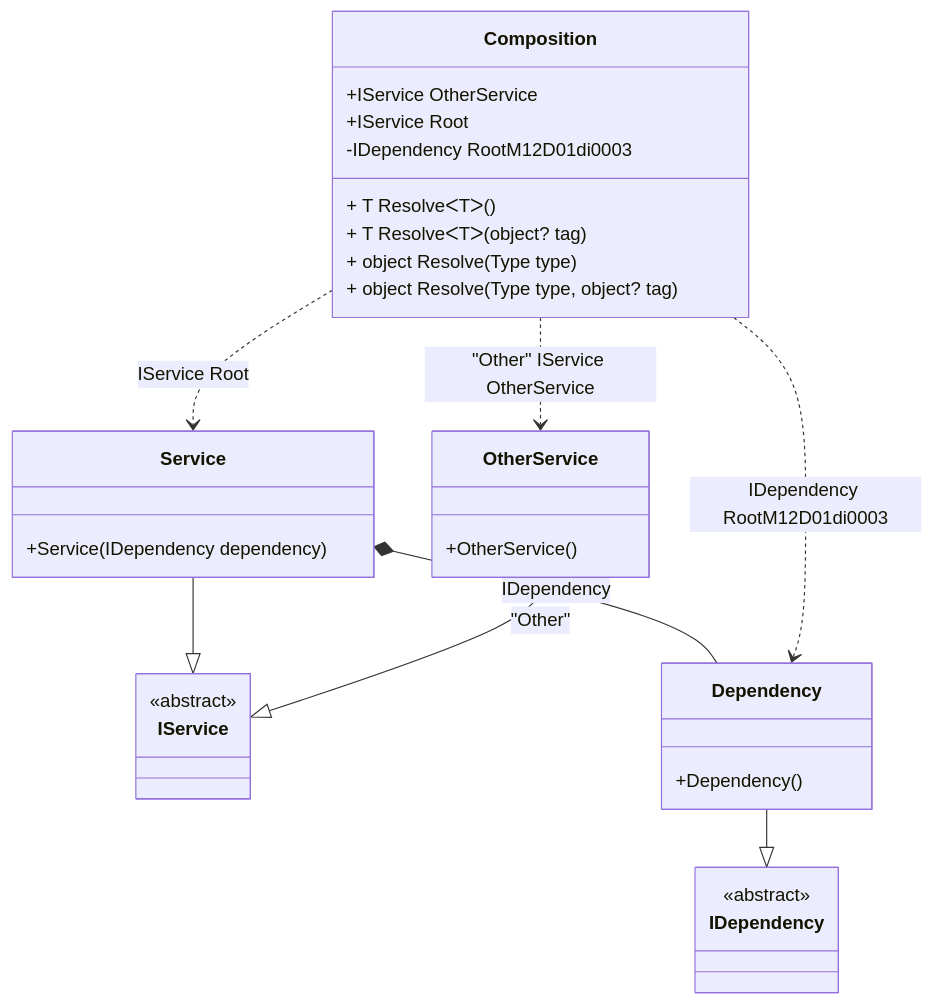
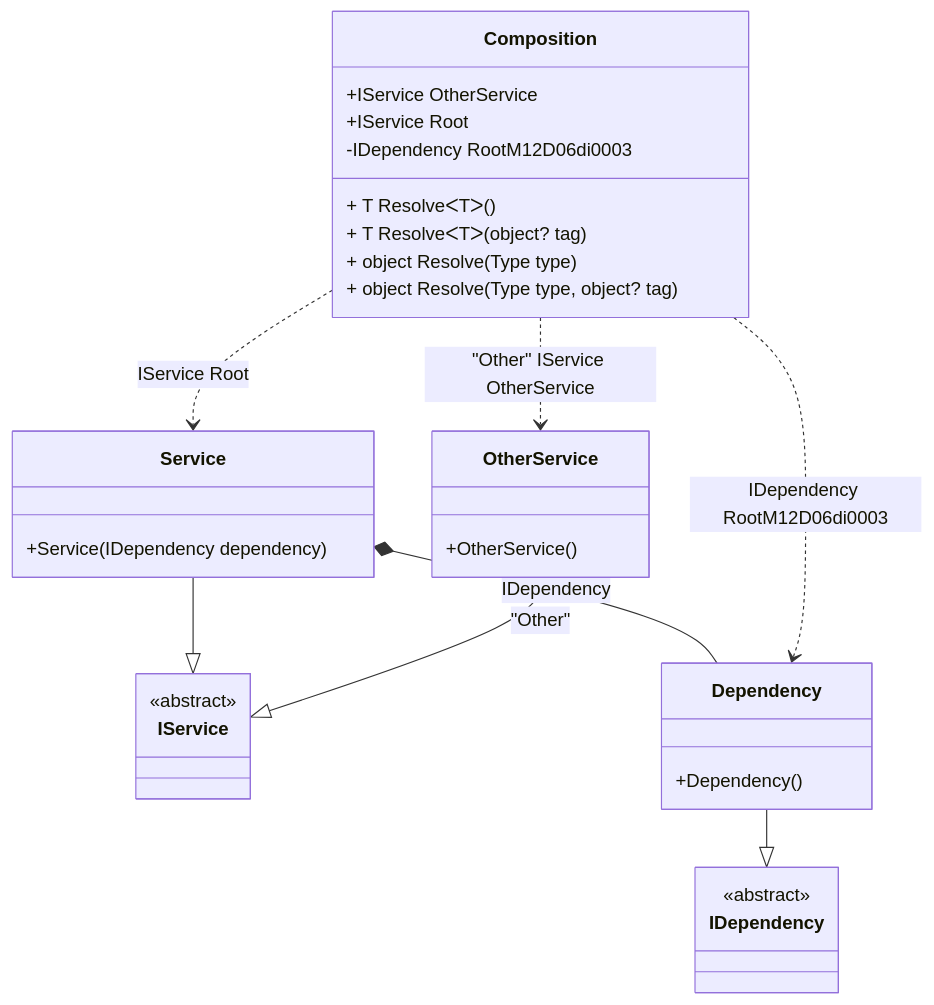
One commit to DevTeam/Pure.DI changed the diagram in readme/composition-roots.md. Above: the diagram before and after it, drawn with Mermaid. The commit also changed other lines of this file and 76 other files, not shown here.

````diff
--- a/readme/composition-roots.md
+++ b/readme/composition-roots.md
@@ -45,34 +45,34 @@
 ```mermaid
 classDiagram
   class Composition {
     +IService OtherService
     +IService Root
-    -IDependency RootM12D01di0003
+    -IDependency RootM12D06di0003
     + T ResolveᐸTᐳ()
     + T ResolveᐸTᐳ(object? tag)
     + object Resolve(Type type)
     + object Resolve(Type type, object? tag)
   }
   Service --|> IService : 
   class Service {
     +Service(IDependency dependency)
   }
   OtherService --|> IService : "Other" 
   class OtherService {
     +OtherService()
   }
   Dependency --|> IDependency : 
   class Dependency {
     +Dependency()
   }
   class IService {
     <<abstract>>
   }
   class IDependency {
     <<abstract>>
   }
   Service *--  Dependency : IDependency
   Composition ..> Service : IService Root
   Composition ..> OtherService : "Other" IService OtherService
-  Composition ..> Dependency : IDependency RootM12D01di0003
+  Composition ..> Dependency : IDependency RootM12D06di0003
 ```
````
